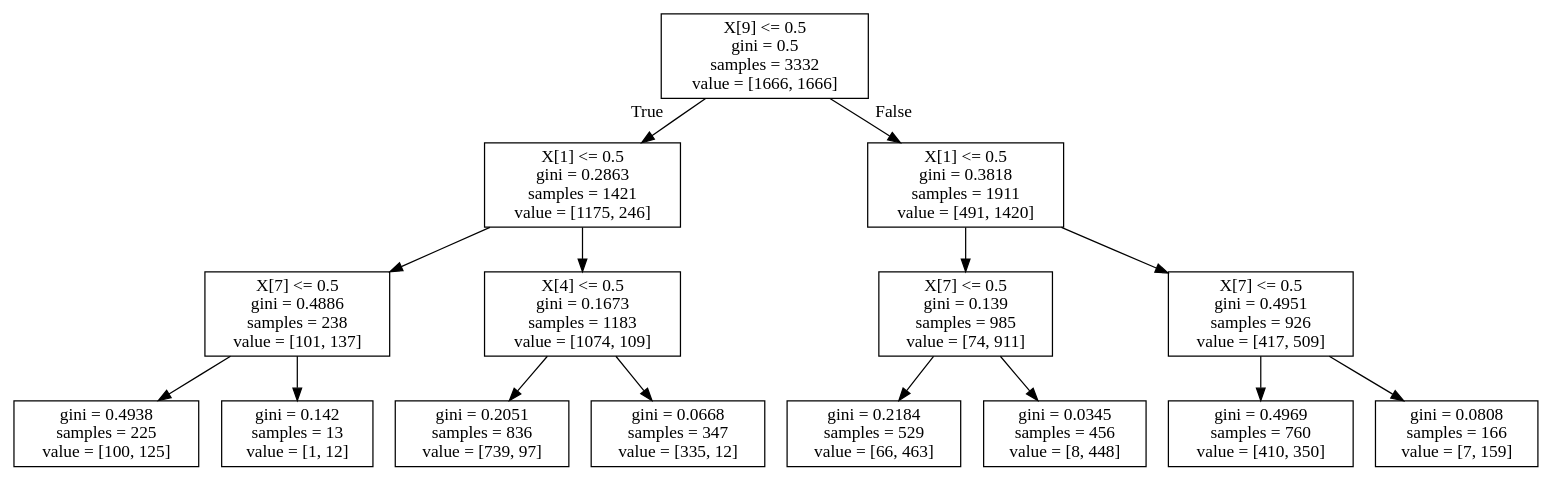
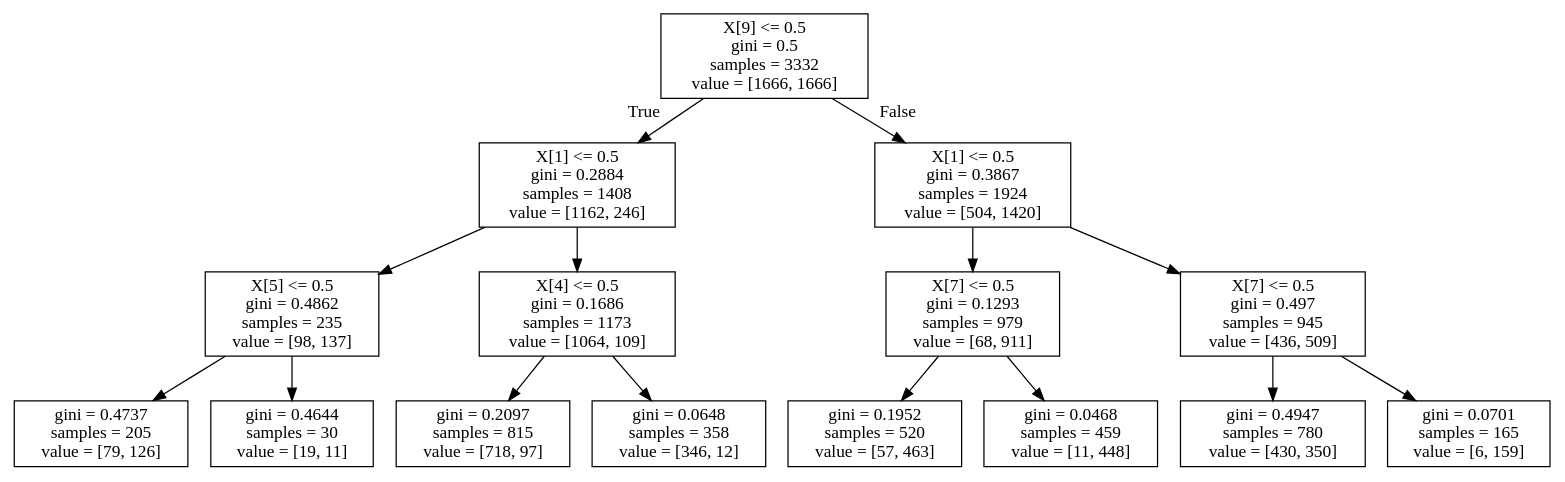
Before and after one commit to phinch/Rotten-Potatoes: the diagram in yelp_dataset/DT_undersampled.dot, drawn with Graphviz. The commit also changed 1 other file, not shown here.

```diff
--- a/yelp_dataset/DT_undersampled.dot
+++ b/yelp_dataset/DT_undersampled.dot
@@ -1,32 +1,32 @@
 digraph Tree {
 node [shape=box] ;
 0 [label="X[9] <= 0.5\ngini = 0.5\nsamples = 3332\nvalue = [1666, 1666]"] ;
-1 [label="X[1] <= 0.5\ngini = 0.2863\nsamples = 1421\nvalue = [1175, 246]"] ;
+1 [label="X[1] <= 0.5\ngini = 0.2884\nsamples = 1408\nvalue = [1162, 246]"] ;
 0 -> 1 [labeldistance=2.5, labelangle=45, headlabel="True"] ;
-2 [label="X[7] <= 0.5\ngini = 0.4886\nsamples = 238\nvalue = [101, 137]"] ;
+2 [label="X[5] <= 0.5\ngini = 0.4862\nsamples = 235\nvalue = [98, 137]"] ;
 1 -> 2 ;
-3 [label="gini = 0.4938\nsamples = 225\nvalue = [100, 125]"] ;
+3 [label="gini = 0.4737\nsamples = 205\nvalue = [79, 126]"] ;
 2 -> 3 ;
-4 [label="gini = 0.142\nsamples = 13\nvalue = [1, 12]"] ;
+4 [label="gini = 0.4644\nsamples = 30\nvalue = [19, 11]"] ;
 2 -> 4 ;
-5 [label="X[4] <= 0.5\ngini = 0.1673\nsamples = 1183\nvalue = [1074, 109]"] ;
+5 [label="X[4] <= 0.5\ngini = 0.1686\nsamples = 1173\nvalue = [1064, 109]"] ;
 1 -> 5 ;
-6 [label="gini = 0.2051\nsamples = 836\nvalue = [739, 97]"] ;
+6 [label="gini = 0.2097\nsamples = 815\nvalue = [718, 97]"] ;
 5 -> 6 ;
-7 [label="gini = 0.0668\nsamples = 347\nvalue = [335, 12]"] ;
+7 [label="gini = 0.0648\nsamples = 358\nvalue = [346, 12]"] ;
 5 -> 7 ;
-8 [label="X[1] <= 0.5\ngini = 0.3818\nsamples = 1911\nvalue = [491, 1420]"] ;
+8 [label="X[1] <= 0.5\ngini = 0.3867\nsamples = 1924\nvalue = [504, 1420]"] ;
 0 -> 8 [labeldistance=2.5, labelangle=-45, headlabel="False"] ;
-9 [label="X[7] <= 0.5\ngini = 0.139\nsamples = 985\nvalue = [74, 911]"] ;
+9 [label="X[7] <= 0.5\ngini = 0.1293\nsamples = 979\nvalue = [68, 911]"] ;
 8 -> 9 ;
-10 [label="gini = 0.2184\nsamples = 529\nvalue = [66, 463]"] ;
+10 [label="gini = 0.1952\nsamples = 520\nvalue = [57, 463]"] ;
 9 -> 10 ;
-11 [label="gini = 0.0345\nsamples = 456\nvalue = [8, 448]"] ;
+11 [label="gini = 0.0468\nsamples = 459\nvalue = [11, 448]"] ;
 9 -> 11 ;
-12 [label="X[7] <= 0.5\ngini = 0.4951\nsamples = 926\nvalue = [417, 509]"] ;
+12 [label="X[7] <= 0.5\ngini = 0.497\nsamples = 945\nvalue = [436, 509]"] ;
 8 -> 12 ;
-13 [label="gini = 0.4969\nsamples = 760\nvalue = [410, 350]"] ;
+13 [label="gini = 0.4947\nsamples = 780\nvalue = [430, 350]"] ;
 12 -> 13 ;
-14 [label="gini = 0.0808\nsamples = 166\nvalue = [7, 159]"] ;
+14 [label="gini = 0.0701\nsamples = 165\nvalue = [6, 159]"] ;
 12 -> 14 ;
 }
```
